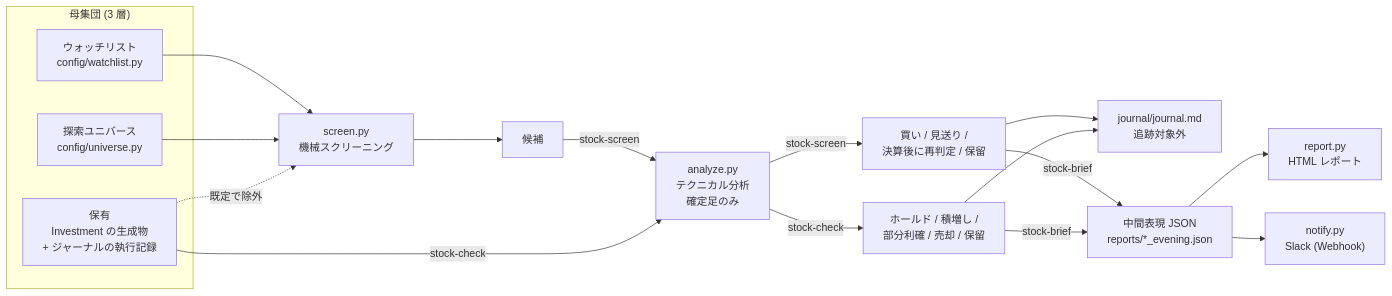
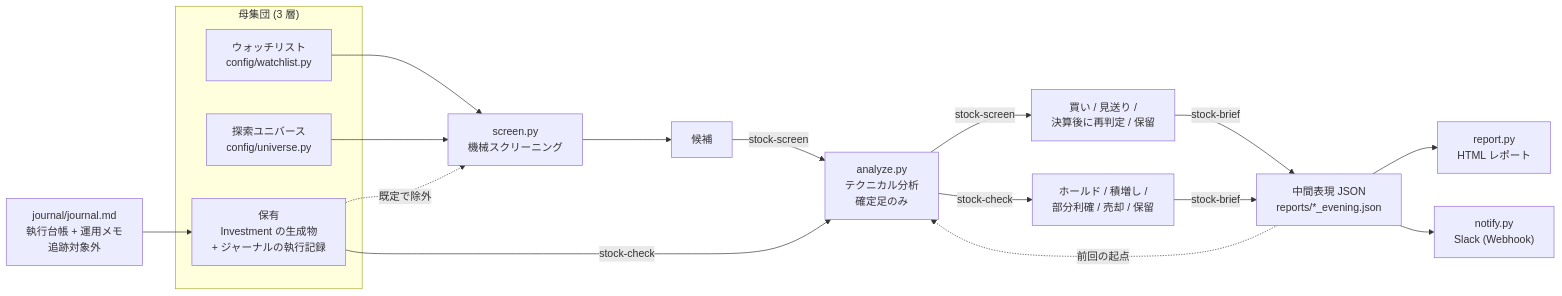
One commit to Ries630/StockCopilot changed the diagram in README.md. Above: the diagram before and after it, drawn with Mermaid. The commit also changed other lines of this file and 11 other files, not shown here.

First line of the commit message:
refactor: ジャーナルの役割を「執行台帳 + 運用メモ」に絞る

````diff
--- a/README.md
+++ b/README.md
@@ -16,25 +16,25 @@
 ```mermaid
 flowchart LR
     subgraph POP["母集団 (3 層)"]
         W["ウォッチリスト<br/>config/watchlist.py"]
         U["探索ユニバース<br/>config/universe.py"]
         HD["保有<br/>Investment の生成物<br/>+ ジャーナルの執行記録"]
     end
 
     W --> SC
     U --> SC
     HD -. 既定で除外 .-> SC
 
     SC["screen.py<br/>機械スクリーニング"] --> CAND["候補"]
     CAND -- stock-screen --> AN["analyze.py<br/>テクニカル分析<br/>確定足のみ"]
     HD -- stock-check --> AN
 
     AN -- stock-screen --> VS["買い / 見送り /<br/>決算後に再判定 / 保留"]
     AN -- stock-check --> VC["ホールド / 積増し /<br/>部分利確 / 売却 / 保留"]
-    VS --> J["journal/journal.md<br/>追跡対象外"]
-    VC --> J
     VS -- stock-brief --> IR["中間表現 JSON<br/>reports/*_evening.json"]
     VC -- stock-brief --> IR
     IR --> RP["report.py<br/>HTML レポート"]
     IR --> NT["notify.py<br/>Slack (Webhook)"]
+    IR -. 前回の起点 .-> AN
+    J["journal/journal.md<br/>執行台帳 + 運用メモ<br/>追跡対象外"] --> HD
 ```
````
